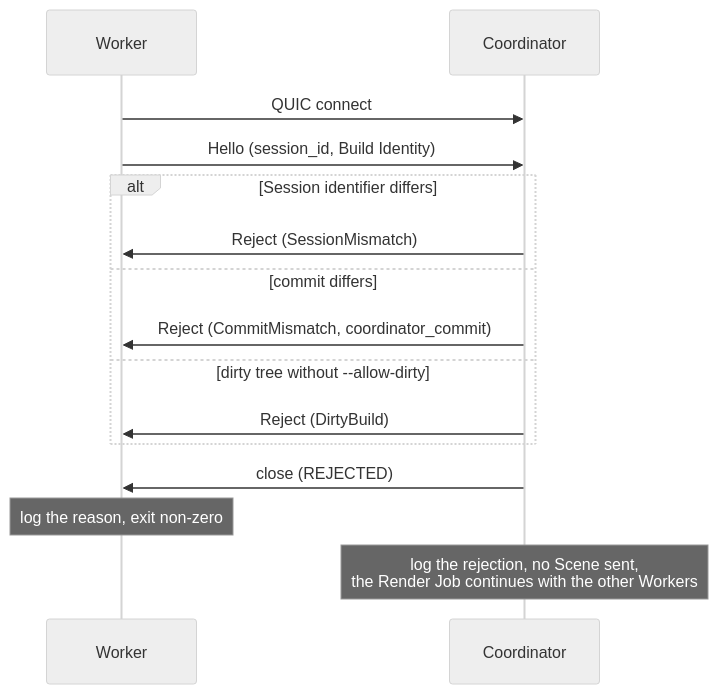
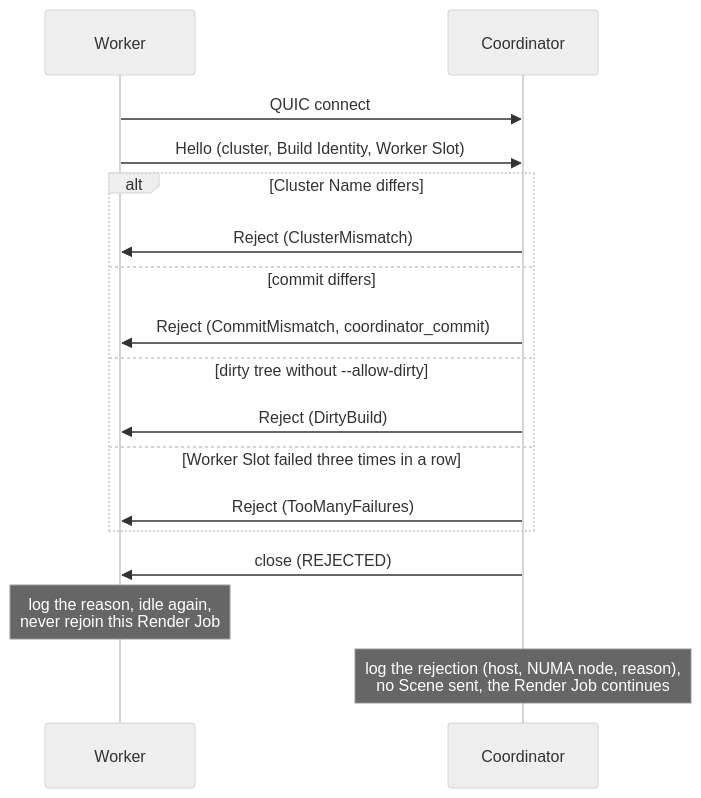
Before and after one commit to sergioffpc/umbra: the fifth of 6 diagrams in docs/architecture/06-runtime-view.md, drawn with Mermaid (neutral theme). The commit also changed other lines of this file and 17 other files, not shown here.

````diff
--- a/docs/architecture/06-runtime-view.md
+++ b/docs/architecture/06-runtime-view.md
@@ -159,17 +159,19 @@
 ```mermaid
 sequenceDiagram
     participant W as Worker
     participant C as Coordinator
     W->>C: QUIC connect
-    W->>C: Hello (session_id, Build Identity)
-    alt Session identifier differs
-        C->>W: Reject (SessionMismatch)
+    W->>C: Hello (cluster, Build Identity, Worker Slot)
+    alt Cluster Name differs
+        C->>W: Reject (ClusterMismatch)
     else commit differs
         C->>W: Reject (CommitMismatch, coordinator_commit)
     else dirty tree without --allow-dirty
         C->>W: Reject (DirtyBuild)
+    else Worker Slot failed three times in a row
+        C->>W: Reject (TooManyFailures)
     end
     C->>W: close (REJECTED)
-    Note over W: log the reason, exit non-zero
-    Note over C: log the rejection, no Scene sent,<br/>the Render Job continues with the other Workers
+    Note over W: log the reason, idle again,<br/>never rejoin this Render Job
+    Note over C: log the rejection (host, NUMA node, reason),<br/>no Scene sent, the Render Job continues
 ```
````
